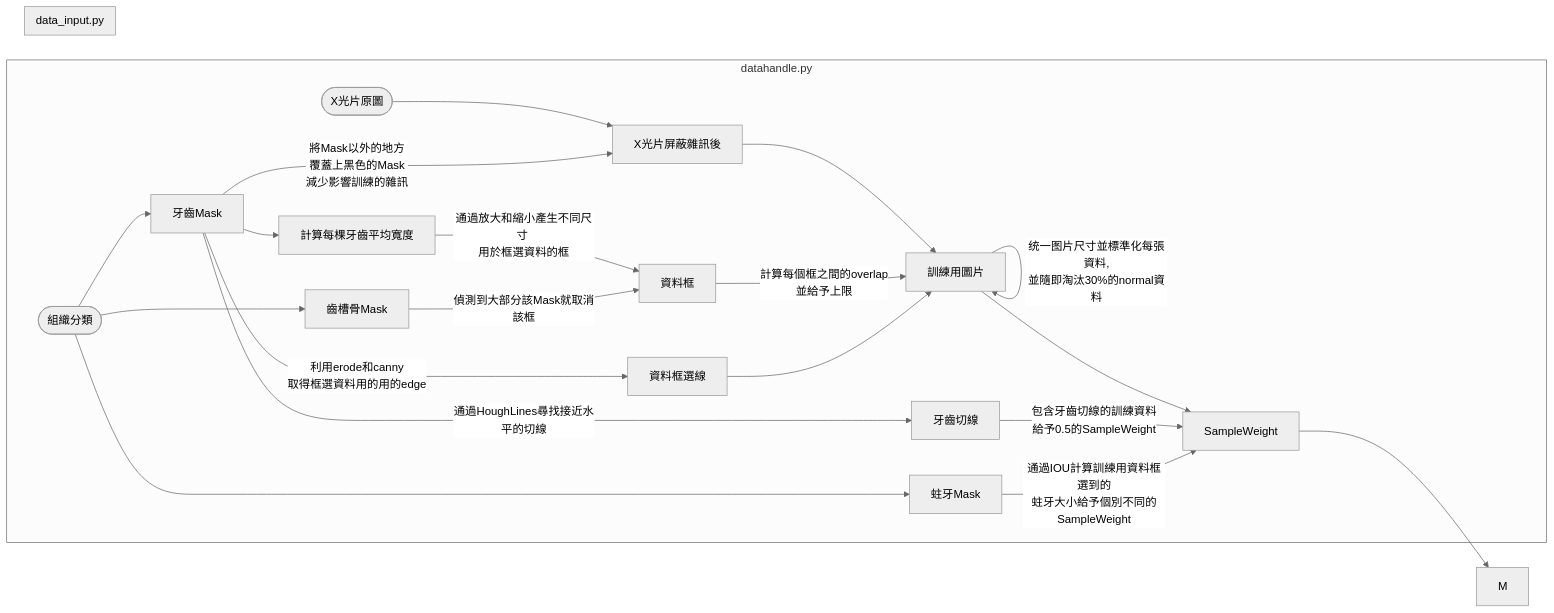
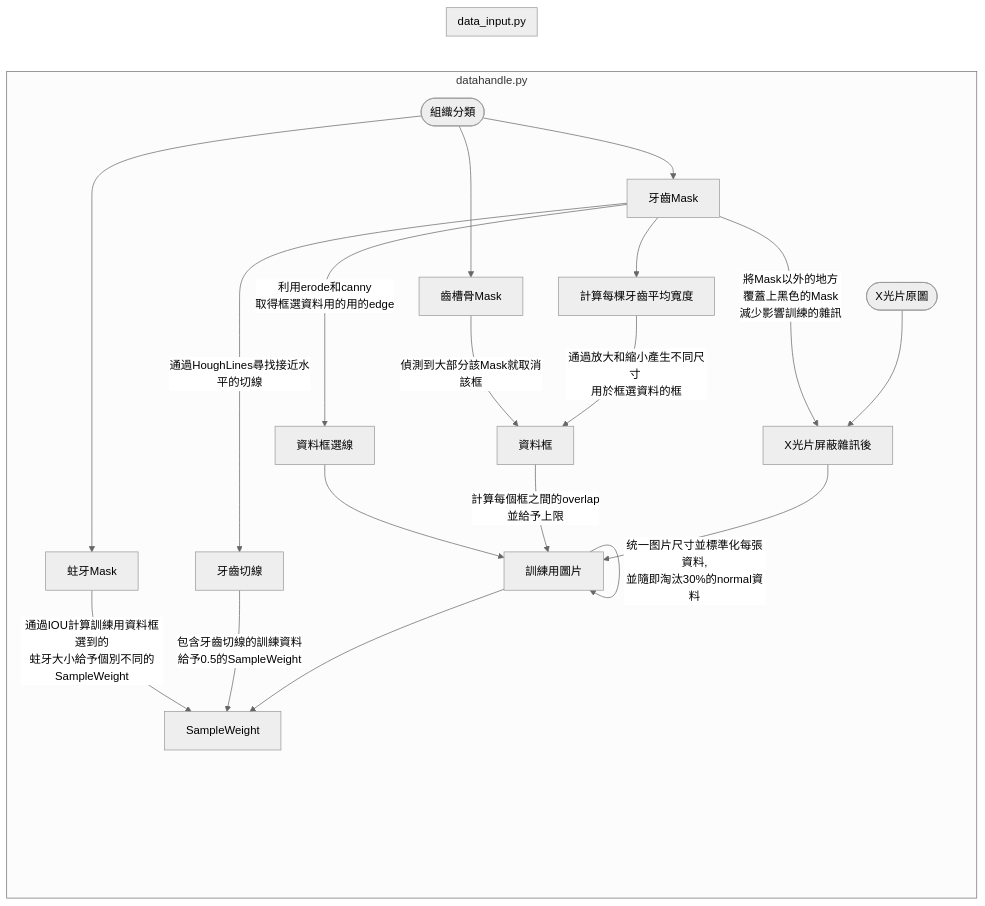
One commit to JasonYeongg/CariesDetection changed the diagram in Edge Frame Detection/README.md. Above: the diagram before and after it, drawn with Mermaid (neutral theme).

````diff
--- a/Edge Frame Detection/README.md
+++ b/Edge Frame Detection/README.md
@@ -63,25 +63,24 @@
 ```mermaid
 flowchart LR
 subgraph datahandle.py
 A([X光片原圖]) --> F[X光片屏蔽雜訊後]
 B([組織分類]) --> C[牙齒Mask]
 B --> D[蛀牙Mask]
 B --> E[齒槽骨Mask]
 C --> G[計算每棵牙齒平均寬度]
 C -->|將Mask以外的地方 \n覆蓋上黑色的Mask \n減少影響訓練的雜訊| F
 C -->|利用erode和canny \n取得框選資料用的用的edge| H[資料框選線]
 G -->|通過放大和縮小產生不同尺寸 \n用於框選資料的框| I[資料框]
 E -->|偵測到大部分該Mask就取消該框| I
 F --> J[訓練用圖片]
 I -->|計算每個框之間的overlap\n並給予上限| J
 H --> J
 C -->|通過HoughLines尋找接近水平的切線| K[牙齒切線]
 J --> L[SampleWeight]
 K -->|包含牙齒切線的訓練資料\n給予0.5的SampleWeight| L
 D -->|通過IOU計算訓練用資料框選到的\n蛀牙大小給予個別不同的SampleWeight| L
 end
-L --> M
 subgraph data_input.py
 J -->|统一图片尺寸並標準化每張資料,\n並隨即淘汰30%的normal資料| J
 end
 ```
````
